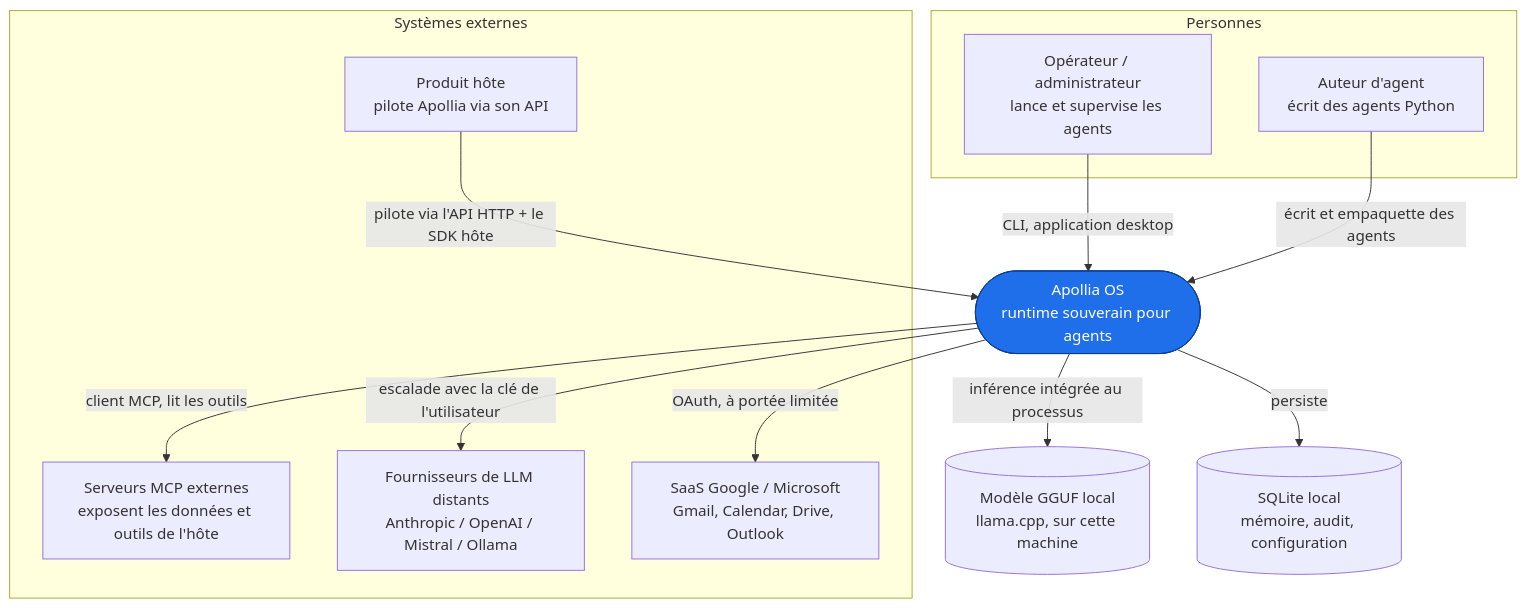
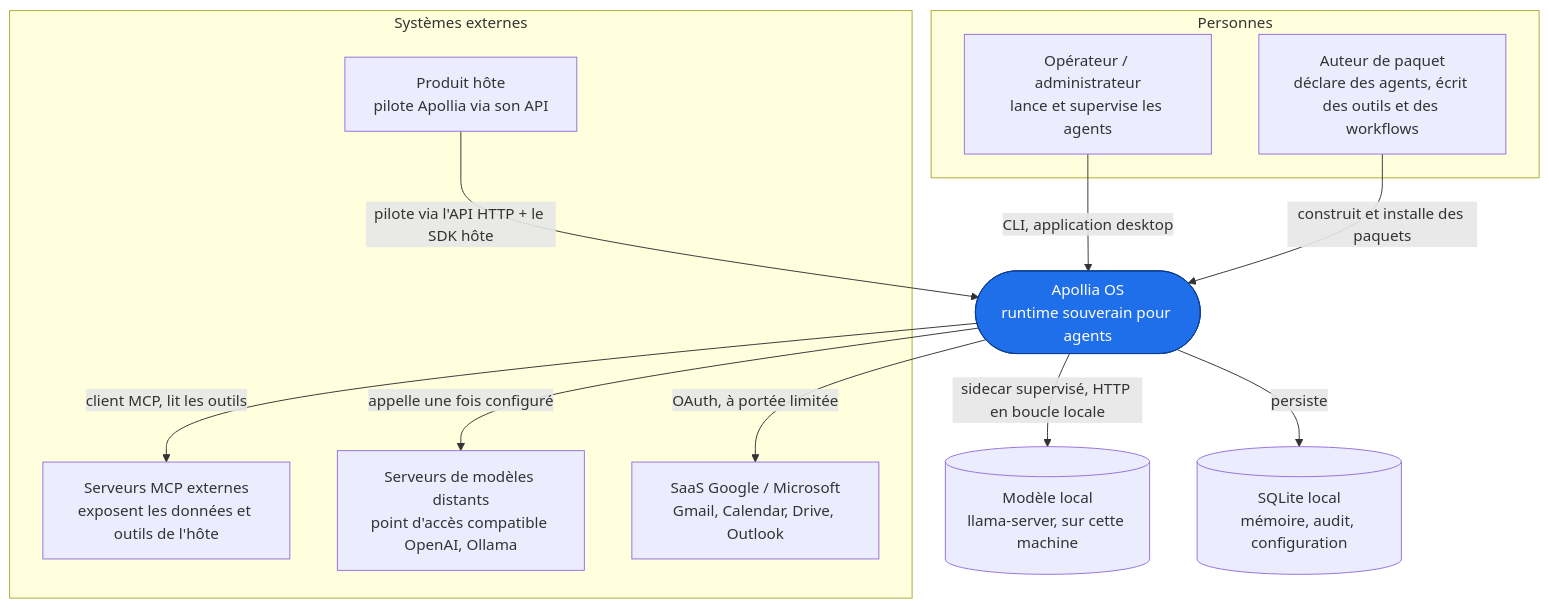
The diagram in docs/site/i18n/fr/docusaurus-plugin-content-docs/current/architecture/03-context-and-scope.md (Apollia-OS/apollia-os), drawn with Mermaid before and after one commit. The commit also changed other lines of this file and 4432 other files, not shown here.

````diff
--- a/docs/site/i18n/fr/docusaurus-plugin-content-docs/current/architecture/03-context-and-scope.md
+++ b/docs/site/i18n/fr/docusaurus-plugin-content-docs/current/architecture/03-context-and-scope.md
@@ -15,31 +15,31 @@
 ```mermaid
 flowchart TB
     subgraph external_people [Personnes]
         operator["Opérateur / administrateur<br/>lance et supervise les agents"]
-        author["Auteur d'agent<br/>écrit des agents Python"]
+        author["Auteur de paquet<br/>déclare des agents, écrit des outils et des workflows"]
     end
 
     subgraph external_systems [Systèmes externes]
         host["Produit hôte<br/>pilote Apollia via son API"]
         mcp["Serveurs MCP externes<br/>exposent les données et outils de l'hôte"]
-        cloud["Fournisseurs de LLM distants<br/>Anthropic / OpenAI / Mistral / Ollama"]
+        cloud["Serveurs de modèles distants<br/>point d'accès compatible OpenAI, Ollama"]
         saas["SaaS Google / Microsoft<br/>Gmail, Calendar, Drive, Outlook"]
     end
 
     apollia(["Apollia OS<br/>runtime souverain pour agents"])
 
-    localmodel[("Modèle GGUF local<br/>llama.cpp, sur cette machine")]
+    localmodel[("Modèle local<br/>llama-server, sur cette machine")]
     localdb[("SQLite local<br/>mémoire, audit, configuration")]
 
     operator -->|CLI, application desktop| apollia
-    author -->|écrit et empaquette des agents| apollia
+    author -->|construit et installe des paquets| apollia
     host -->|pilote via l'API HTTP + le SDK hôte| apollia
     apollia -->|client MCP, lit les outils| mcp
-    apollia -->|escalade avec la clé de l'utilisateur| cloud
+    apollia -->|appelle une fois configuré| cloud
     apollia -->|OAuth, à portée limitée| saas
-    apollia -->|inférence intégrée au processus| localmodel
+    apollia -->|sidecar supervisé, HTTP en boucle locale| localmodel
     apollia -->|persiste| localdb
 
     classDef sys fill:#1f6feb,stroke:#0b3d91,color:#fff;
     class apollia sys;
 ```
````
